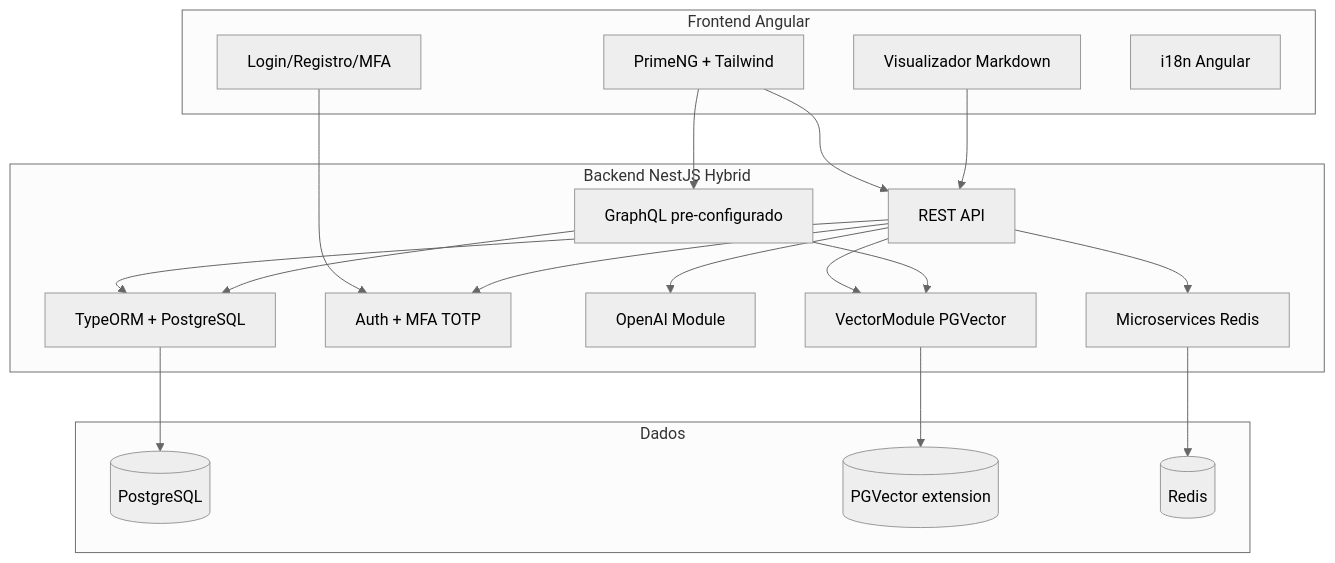
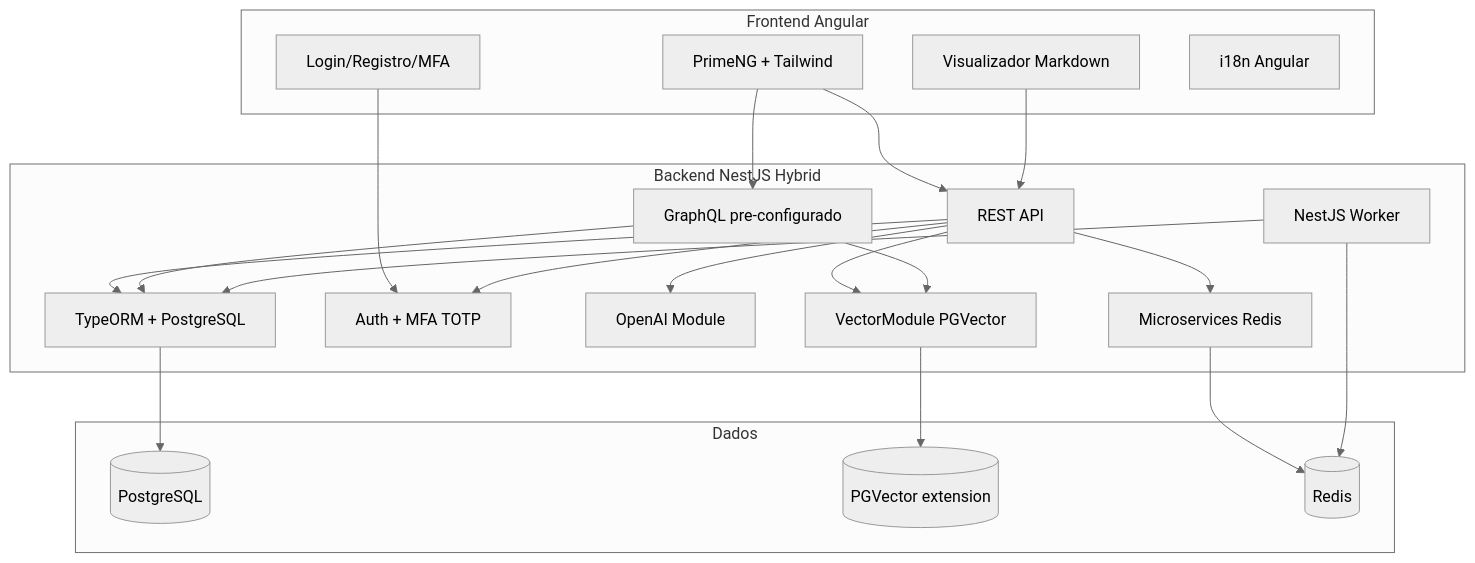
Before and after one commit to Yuri-Lima/UltimaForma: the first of 2 diagrams in docs/IMPLEMENTATION_PLAN.md, drawn with Mermaid (neutral theme). The commit also changed other lines of this file, not shown here.

Commit message:
docs(implementation-plan): update implementation plan to include NestJS Worker and database migration details

````diff
--- a/docs/IMPLEMENTATION_PLAN.md
+++ b/docs/IMPLEMENTATION_PLAN.md
@@ -20,40 +20,43 @@
 ```mermaid
 flowchart TB
     subgraph frontend [Frontend Angular]
         UI[PrimeNG + Tailwind]
         AuthUI[Login/Registro/MFA]
         Docs[Visualizador Markdown]
         i18n[i18n Angular]
     end
 
     subgraph backend [Backend NestJS Hybrid]
         REST[REST API]
         GQL[GraphQL pre-configurado]
         MS[Microservices Redis]
+        Worker[NestJS Worker]
         Auth[Auth + MFA TOTP]
         OpenAI[OpenAI Module]
         DB[TypeORM + PostgreSQL]
         Vec[VectorModule PGVector]
     end
 
     subgraph data [Dados]
         PG[(PostgreSQL)]
         PGVec[(PGVector extension)]
         Redis[(Redis)]
     end
 
     UI --> REST
     UI --> GQL
     AuthUI --> Auth
     Docs --> REST
     REST --> Auth
     REST --> OpenAI
     REST --> DB
     REST --> Vec
     REST --> MS
     GQL --> DB
     GQL --> Vec
     MS --> Redis
+    Worker --> Redis
+    Worker --> DB
     DB --> PG
     Vec --> PGVec
 ```
````
